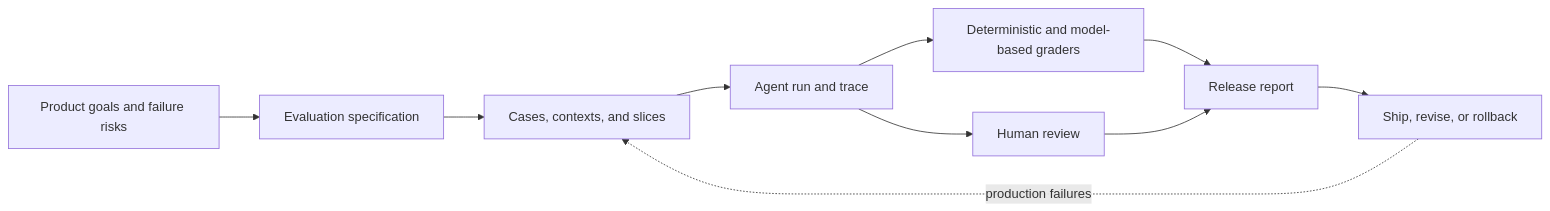
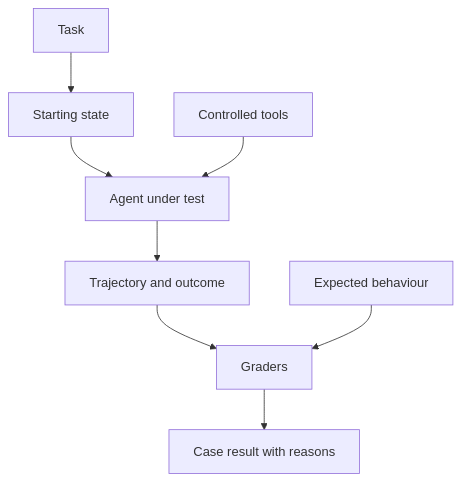
Before and after one commit to senlinyy/dev-roadmaps: the first of 11 diagrams in roadmaps/mlops/modules/llmops/agent-evals/01-eval-datasets.md, drawn with Mermaid. The commit also changed other lines of this file and 198 other files, not shown here.

````diff
--- a/roadmaps/mlops/modules/llmops/agent-evals/01-eval-datasets.md
+++ b/roadmaps/mlops/modules/llmops/agent-evals/01-eval-datasets.md
@@ -18,12 +38,10 @@
 ```mermaid
-flowchart LR
-    A[Product goals and failure risks] --> B[Evaluation specification]
-    B --> C[Cases, contexts, and slices]
-    C --> D[Agent run and trace]
-    D --> E[Deterministic and model-based graders]
-    D --> F[Human review]
-    E --> G[Release report]
-    F --> G
-    G --> H[Ship, revise, or rollback]
-    H -. production failures .-> C
+flowchart TD
+    A["Task"] --> B["Starting state"]
+    B --> C["Agent under test"]
+    D["Controlled tools"] --> C
+    C --> E["Trajectory and outcome"]
+    E --> G["Graders"]
+    F["Expected behaviour"] --> G
+    G --> H["Case result with reasons"]
 ```
````
